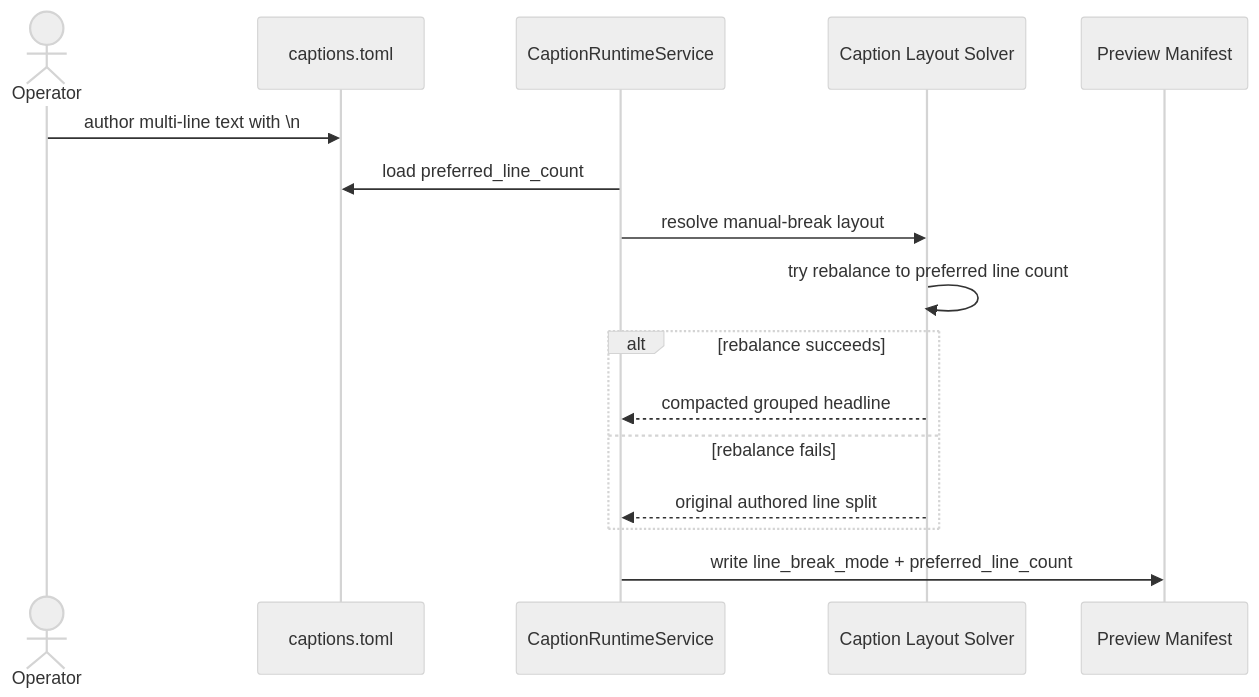
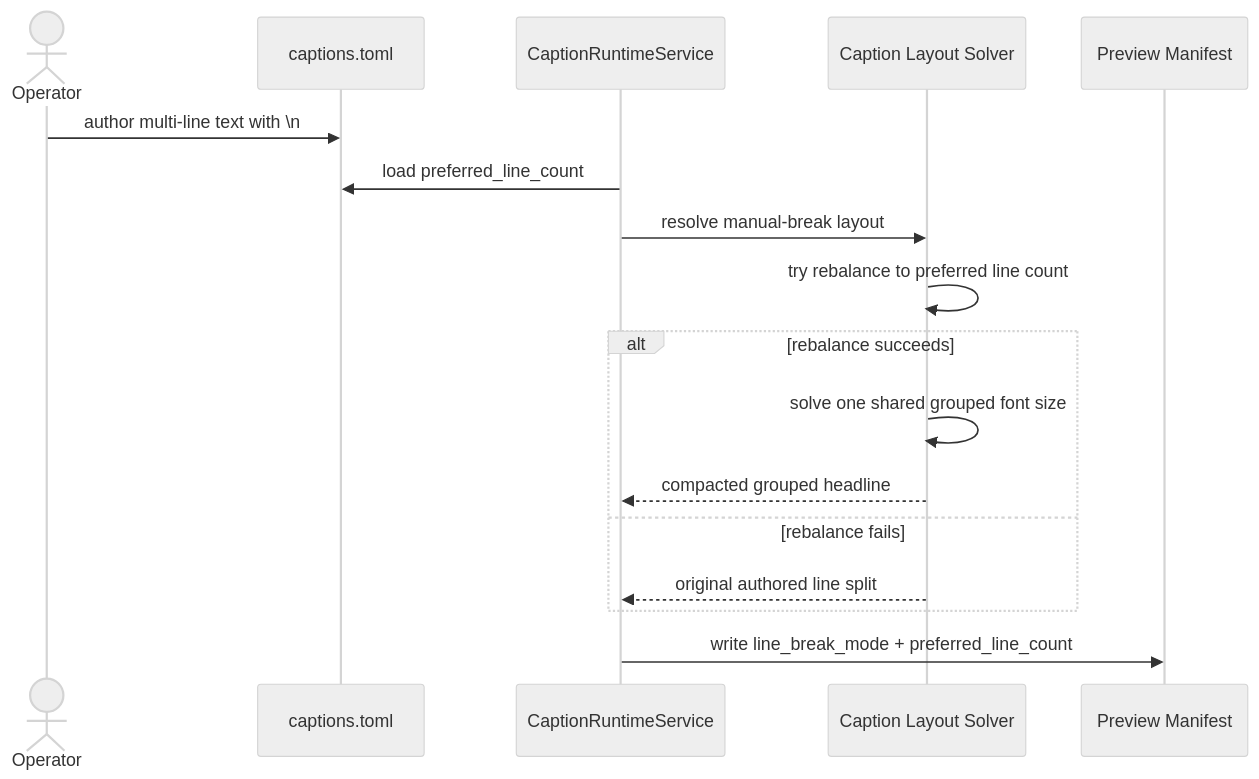
One commit to idev006/MTClipFactory changed the diagram in doc/64_Manual_Break_Compaction_And_Face_Safe_Headline_Workflow_2026-06-19.md. Above: the diagram before and after it, drawn with Mermaid (neutral theme). The commit also changed other lines of this file and 5 other files, not shown here.

````diff
--- a/doc/64_Manual_Break_Compaction_And_Face_Safe_Headline_Workflow_2026-06-19.md
+++ b/doc/64_Manual_Break_Compaction_And_Face_Safe_Headline_Workflow_2026-06-19.md
@@ -51,19 +54,20 @@
 ```mermaid
 sequenceDiagram
     actor Operator
     participant Contract as captions.toml
     participant Runtime as CaptionRuntimeService
     participant Solver as Caption Layout Solver
     participant Manifest as Preview Manifest
 
     Operator->>Contract: author multi-line text with \n
     Runtime->>Contract: load preferred_line_count
     Runtime->>Solver: resolve manual-break layout
     Solver->>Solver: try rebalance to preferred line count
     alt rebalance succeeds
+        Solver->>Solver: solve one shared grouped font size
         Solver-->>Runtime: compacted grouped headline
     else rebalance fails
         Solver-->>Runtime: original authored line split
     end
     Runtime->>Manifest: write line_break_mode + preferred_line_count
 ```
````
